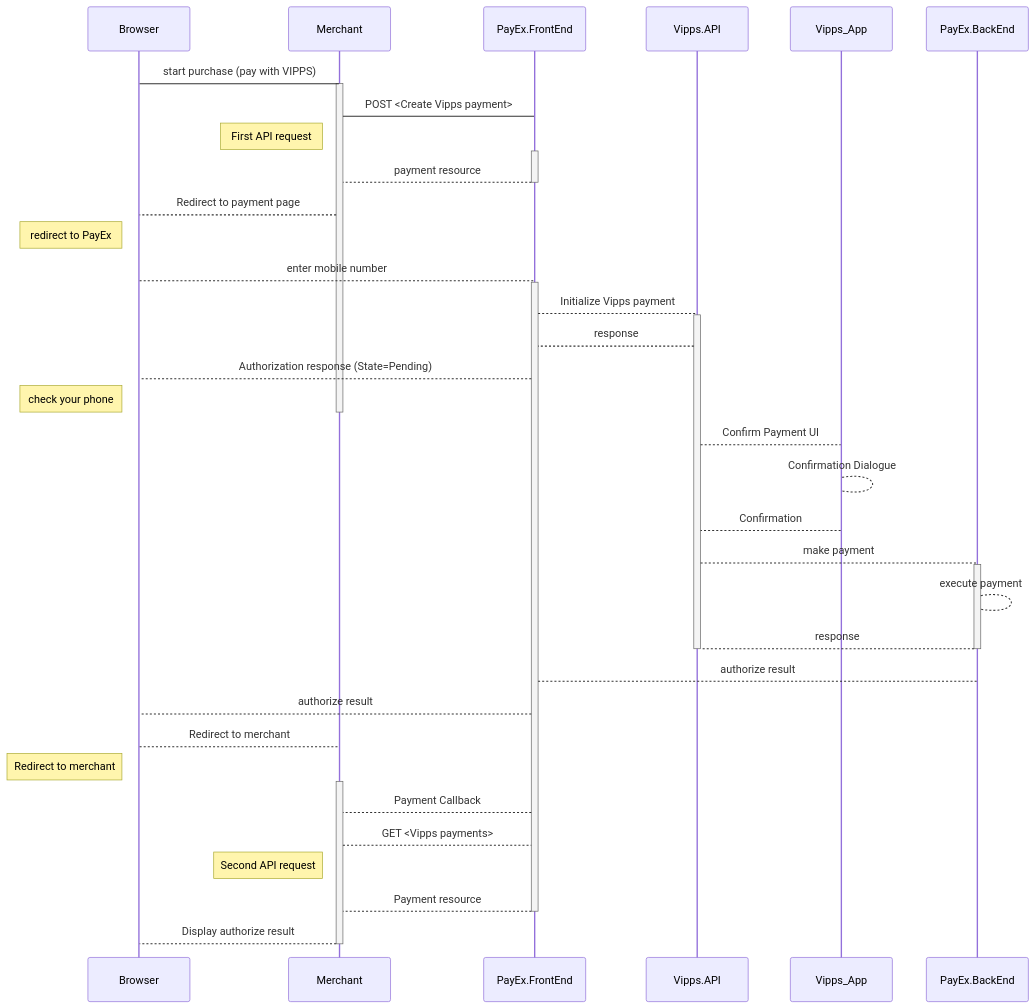
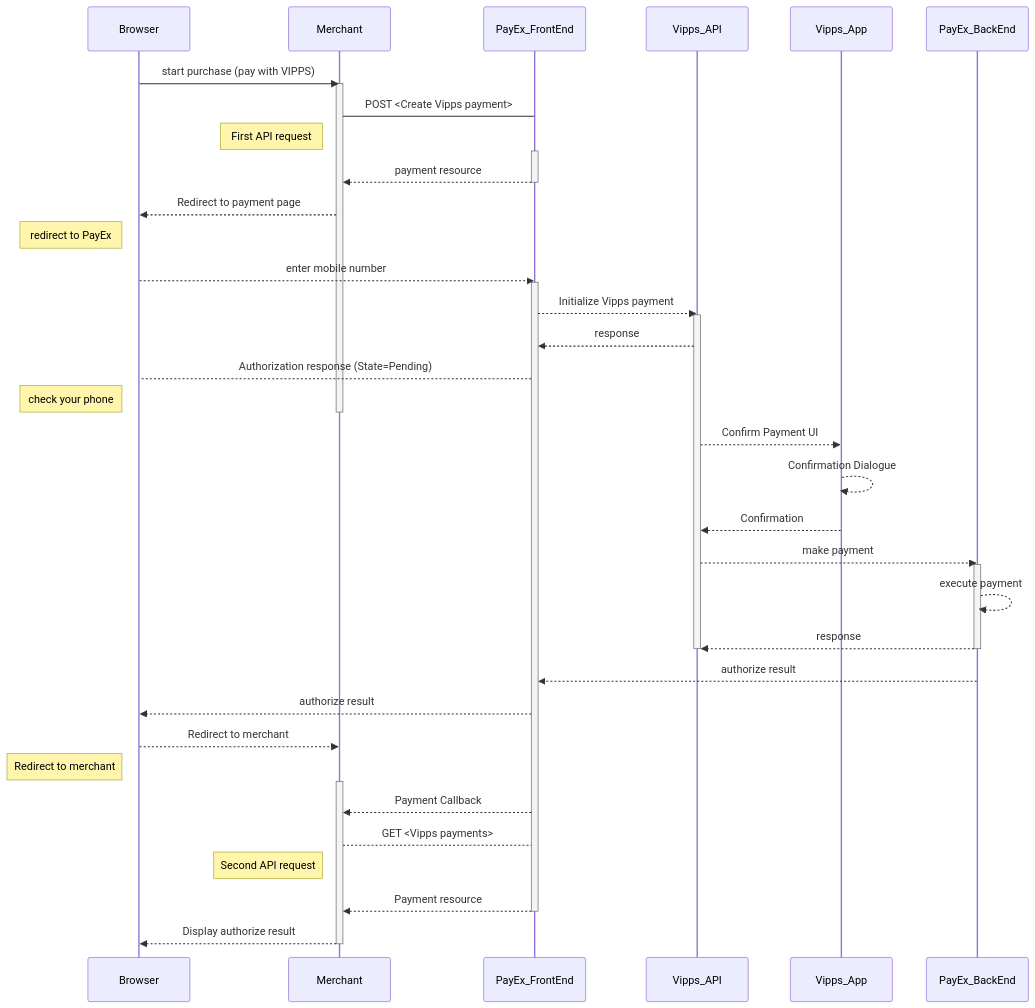
Before and after one commit to SwedbankPay/developer.swedbankpay.com: the diagram in payments/vipps/redirect.md, drawn with Mermaid. The commit also changed other lines of this file, not shown here.

Commit message:
DX-290 Add links in Vipps redirect

````diff
--- a/payments/vipps/redirect.md
+++ b/payments/vipps/redirect.md
@@ -64,44 +109,44 @@
 ```mermaid
 sequenceDiagram
-  Browser->Merchant: start purchase (pay with VIPPS)
+  Browser->>Merchant: start purchase (pay with VIPPS)
   activate Merchant
 
-  Merchant->PayEx.FrontEnd: POST <Create  Vipps payment>
+  Merchant->PayEx_FrontEnd: POST <Create  Vipps payment>
   note left of Merchant: First API request
-  activate PayEx.FrontEnd
-  PayEx.FrontEnd-->Merchant: payment resource
-  deactivate PayEx.FrontEnd
-  Merchant-->Browser: Redirect to payment page
+  activate PayEx_FrontEnd
+  PayEx_FrontEnd-->>Merchant: payment resource
+  deactivate PayEx_FrontEnd
+  Merchant-->>Browser: Redirect to payment page
   note left of Browser:redirect to PayEx
-  Browser-->PayEx.FrontEnd: enter mobile number
-  activate PayEx.FrontEnd
+  Browser-->>PayEx_FrontEnd: enter mobile number
+  activate PayEx_FrontEnd
 
-  PayEx.FrontEnd-->Vipps.API: Initialize Vipps payment
-  activate Vipps.API
-  Vipps.API-->PayEx.FrontEnd: response
-  PayEx.FrontEnd-->Browser: Authorization response (State=Pending)
+  PayEx_FrontEnd-->>Vipps_API: Initialize Vipps payment
+  activate Vipps_API
+  Vipps_API-->>PayEx_FrontEnd: response
+  PayEx_FrontEnd-->Browser: Authorization response (State=Pending)
   note left of Browser: check your phone
   deactivate Merchant
   
-  Vipps.API-->Vipps_App: Confirm Payment UI
-  Vipps_App-->Vipps_App: Confirmation Dialogue
-  Vipps_App-->Vipps.API: Confirmation
-  Vipps.API-->PayEx.BackEnd: make payment
-  activate PayEx.BackEnd
-  PayEx.BackEnd-->PayEx.BackEnd: execute payment
-  PayEx.BackEnd-->Vipps.API: response
-  deactivate PayEx.BackEnd
-  deactivate Vipps.API
-  PayEx.BackEnd-->PayEx.FrontEnd: authorize result
-  PayEx.FrontEnd-->Browser: authorize result
-  Browser-->Merchant: Redirect to merchant
+  Vipps_API-->>Vipps_App: Confirm Payment UI
+  Vipps_App-->>Vipps_App: Confirmation Dialogue
+  Vipps_App-->>Vipps_API: Confirmation
+  Vipps_API-->>PayEx_BackEnd: make payment
+  activate PayEx_BackEnd
+  PayEx_BackEnd-->>PayEx_BackEnd: execute payment
+  PayEx_BackEnd-->>Vipps_API: response
+  deactivate PayEx_BackEnd
+  deactivate Vipps_API
+  PayEx_BackEnd-->>PayEx_FrontEnd: authorize result
+  PayEx_FrontEnd-->>Browser: authorize result
+  Browser-->>Merchant: Redirect to merchant
   note left of Browser: Redirect to merchant
   activate Merchant
-  PayEx.FrontEnd-->Merchant: Payment Callback
-  Merchant-->PayEx.FrontEnd: GET <Vipps payments>
+  PayEx_FrontEnd-->>Merchant: Payment Callback
+  Merchant-->PayEx_FrontEnd: GET <Vipps payments>
   note left of Merchant: Second API request
-  PayEx.FrontEnd-->Merchant: Payment resource
-  deactivate PayEx.FrontEnd
-  Merchant-->Browser: Display authorize result
+  PayEx_FrontEnd-->>Merchant: Payment resource
+  deactivate PayEx_FrontEnd
+  Merchant-->>Browser: Display authorize result
   deactivate Merchant
 ```
````
